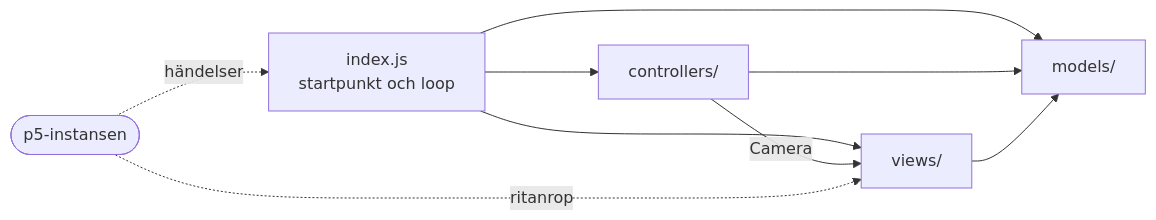
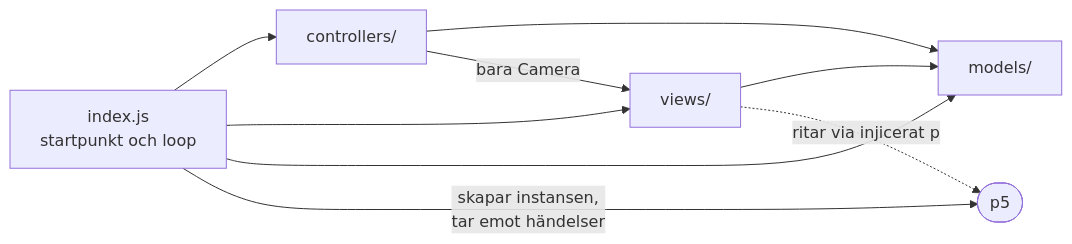
Before and after one commit to 1dv610/ripe-tomato: the first of 9 diagrams in MVC_DESIGN.md, drawn with Mermaid. The commit also changed other lines of this file, not shown here.

````diff
--- a/MVC_DESIGN.md
+++ b/MVC_DESIGN.md
@@ -21,17 +21,17 @@
 ```mermaid
 flowchart LR
     S["index.js<br/>startpunkt och loop"]
     C["controllers/"]
     V["views/"]
     M["models/"]
-    P(["p5-instansen"])
+    P(["p5"])
 
     S --> C
     S --> V
     S --> M
+    S -->|"skapar instansen,<br/>tar emot händelser"| P
     C --> M
     V --> M
-    C -->|"Camera"| V
-    P -.->|"händelser"| S
-    P -.->|"ritanrop"| V
+    C -->|"bara Camera"| V
+    V -.->|"ritar via injicerat p"| P
 ```
````
